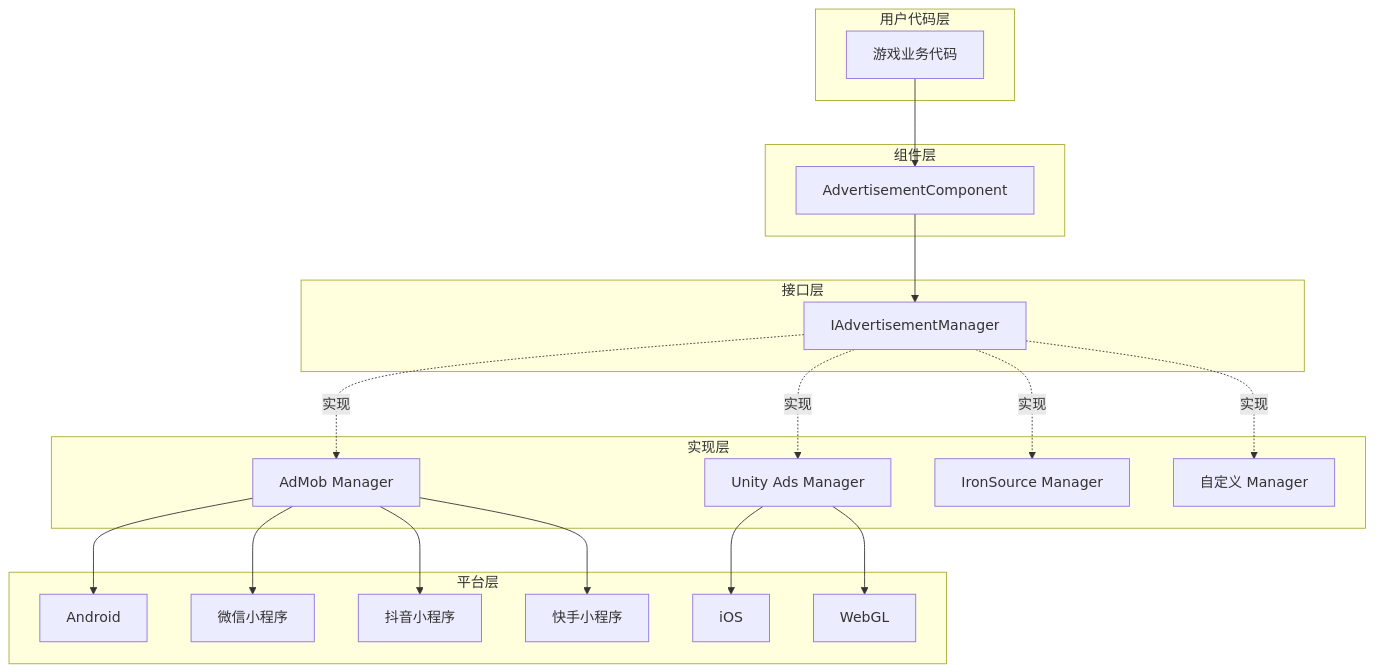
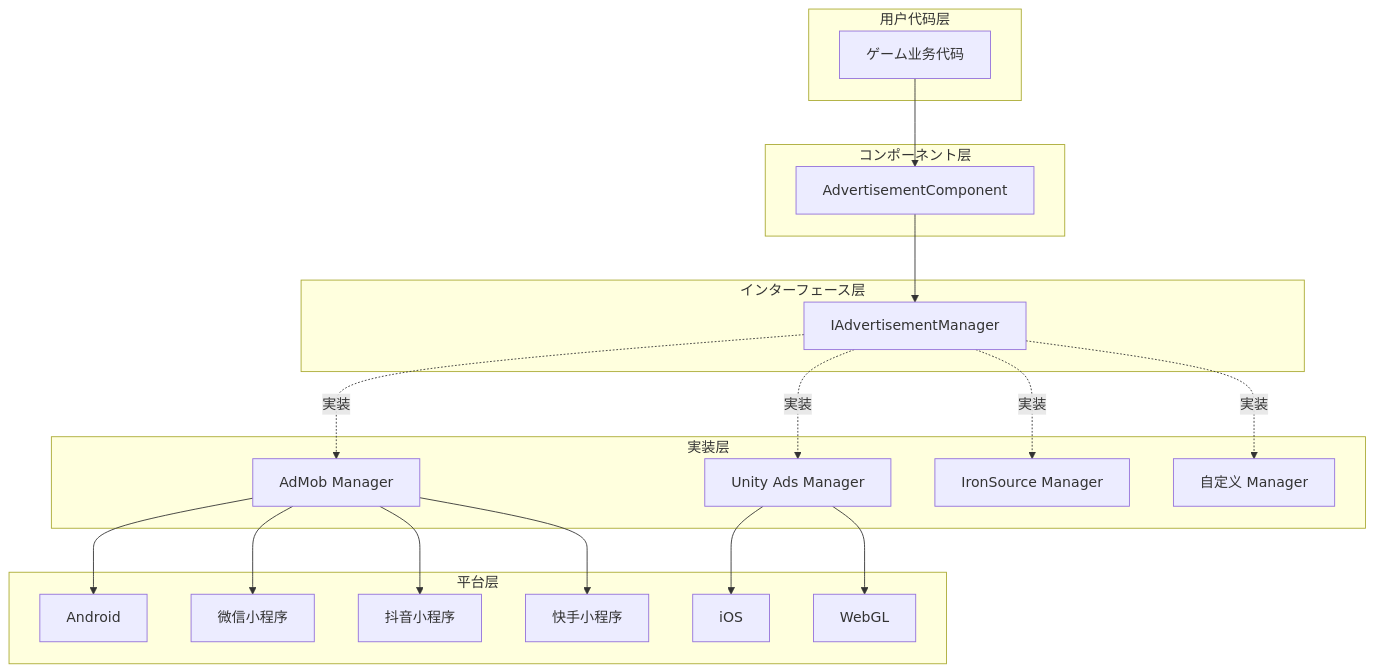
The first of 2 diagrams in docs/ja/client/unity/component/advertisement/01.overview.md (AlianBlank/GameFrameX.Docs), drawn with Mermaid before and after one commit. The commit also changed other lines of this file and 603 other files, not shown here.

````diff
--- a/docs/ja/client/unity/component/advertisement/01.overview.md
+++ b/docs/ja/client/unity/component/advertisement/01.overview.md
@@ -15,43 +15,43 @@
 ```mermaid
 graph TD
     subgraph UserLayer["用户代码层"]
-        GameCode["游戏业务代码"]
+        GameCode["ゲーム业务代码"]
     end
 
-    subgraph ComponentLayer["组件层"]
+    subgraph ComponentLayer["コンポーネント层"]
         AdComponent["AdvertisementComponent"]
     end
 
-    subgraph InterfaceLayer["接口层"]
+    subgraph InterfaceLayer["インターフェース层"]
         AdManager["IAdvertisementManager"]
     end
 
-    subgraph ImplementationLayer["实现层"]
+    subgraph ImplementationLayer["実装层"]
         AdMobManager["AdMob Manager"]
         UnityAdsManager["Unity Ads Manager"]
         IronSourceManager["IronSource Manager"]
         CustomManager["自定义 Manager"]
     end
 
     subgraph PlatformLayer["平台层"]
         Android["Android"]
         iOS["iOS"]
         WebGL["WebGL"]
         WeChat["微信小程序"]
         DouYin["抖音小程序"]
         KuaiShou["快手小程序"]
     end
 
     GameCode --> AdComponent
     AdComponent --> AdManager
-    AdManager -.->|实现| AdMobManager
-    AdManager -.->|实现| UnityAdsManager
-    AdManager -.->|实现| IronSourceManager
-    AdManager -.->|实现| CustomManager
+    AdManager -.->|実装| AdMobManager
+    AdManager -.->|実装| UnityAdsManager
+    AdManager -.->|実装| IronSourceManager
+    AdManager -.->|実装| CustomManager
     AdMobManager --> Android
     UnityAdsManager --> iOS
     UnityAdsManager --> WebGL
     AdMobManager --> WeChat
     AdMobManager --> DouYin
     AdMobManager --> KuaiShou
 ```
````
